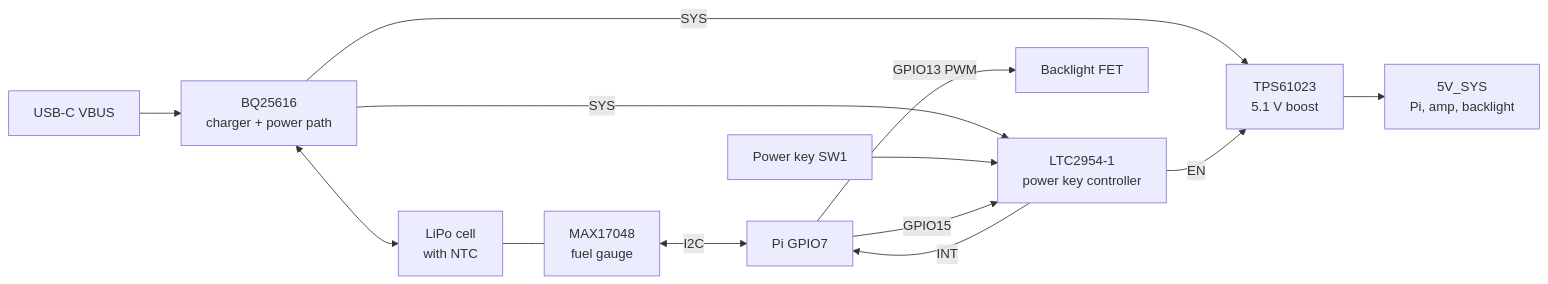
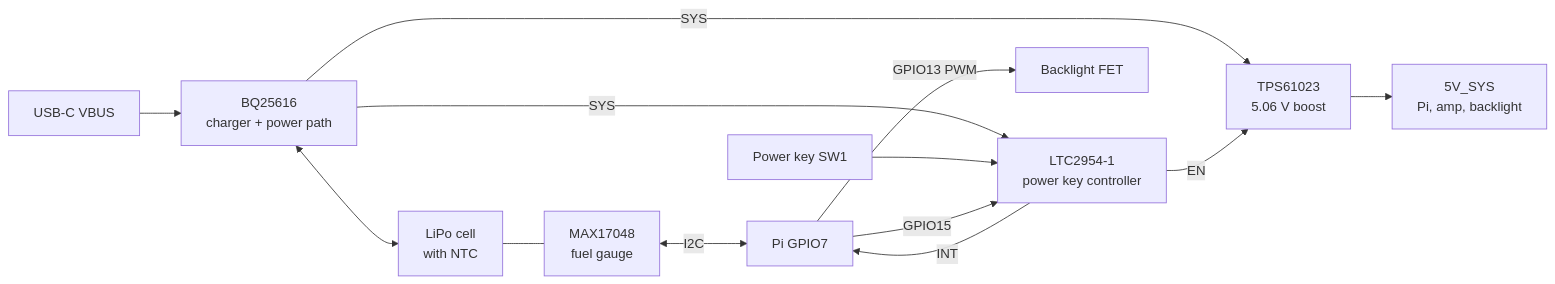
One commit to spudger/marathon changed the diagram in planning/specs/011-POWER-DESIGN.md. Above: the diagram before and after it, drawn with Mermaid. The commit also changed other lines of this file and 5 other files, not shown here.

````diff
--- a/planning/specs/011-POWER-DESIGN.md
+++ b/planning/specs/011-POWER-DESIGN.md
@@ -49,15 +49,15 @@
 ```mermaid
 flowchart LR
     USB[USB-C VBUS] --> CHG[BQ25616<br/>charger + power path]
     CHG <--> BAT[LiPo cell<br/>with NTC]
     BAT --- FG[MAX17048<br/>fuel gauge]
-    CHG -->|SYS| BOOST[TPS61023<br/>5.1 V boost]
+    CHG -->|SYS| BOOST[TPS61023<br/>5.06 V boost]
     CHG -->|SYS| PBC[LTC2954-1<br/>power key controller]
     KEY[Power key SW1] --> PBC
     PBC -->|EN| BOOST
     BOOST --> V5[5V_SYS<br/>Pi, amp, backlight]
     PBC -->|INT| PI[Pi GPIO7]
     PI -->|GPIO15| PBC
     FG <-->|I2C| PI
     PI -->|GPIO13 PWM| BL[Backlight FET]
 ```
````
